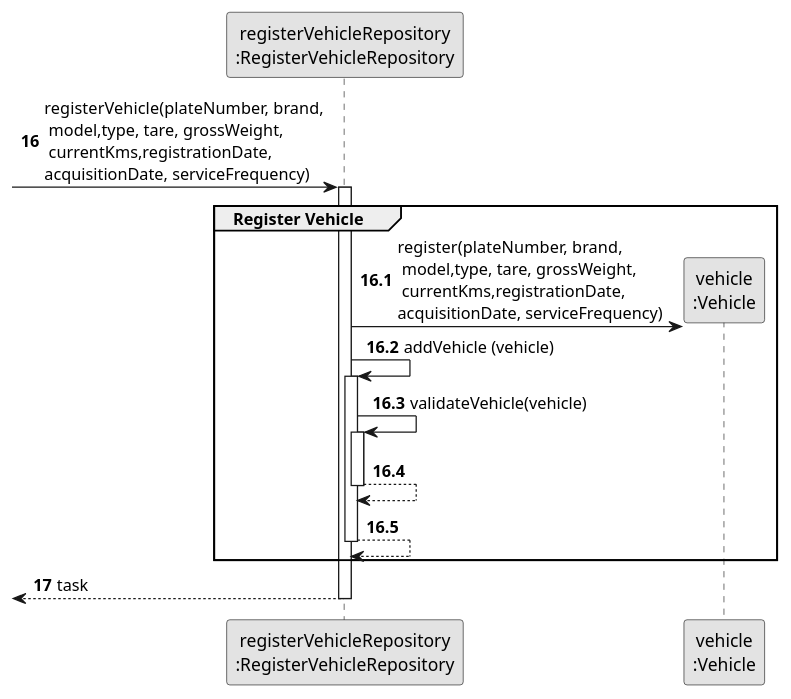
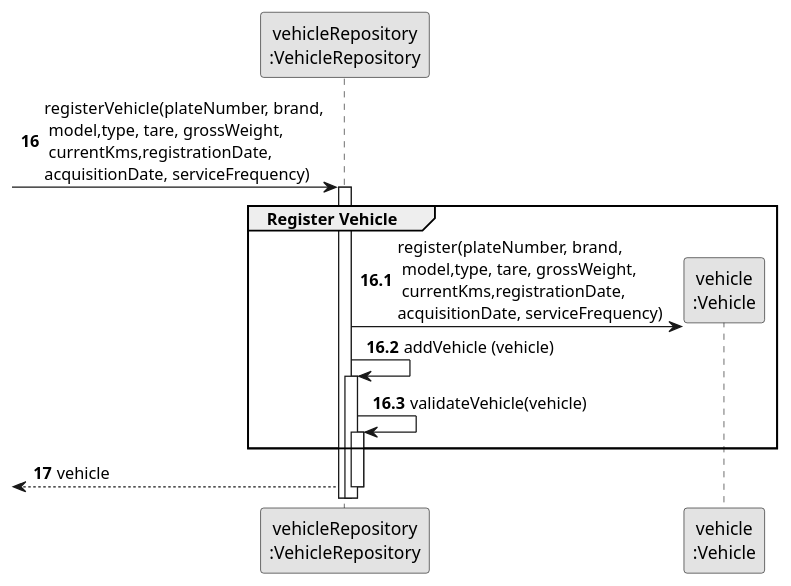
The diagram in docs/sprintB/us006/03.design/puml/us006-sequence-diagram-partial-register-vehicle.puml (diogoveirospro/lei-24-s2-1dg-g072), drawn with PlantUML before and after one commit. The commit also changed 3 other files, not shown here.

```diff
--- a/docs/sprintB/us006/03.design/puml/us006-sequence-diagram-partial-register-vehicle.puml
+++ b/docs/sprintB/us006/03.design/puml/us006-sequence-diagram-partial-register-vehicle.puml
@@ -1,34 +1,30 @@
 @startuml
 skinparam monochrome true
 skinparam packageStyle rectangle
 skinparam shadowing false
 
-participant "registerVehicleRepository\n:RegisterVehicleRepository" as ORG
+participant "vehicleRepository\n:VehicleRepository" as ORG
 participant "vehicle\n:Vehicle" as VEHICLE
 
 autonumber 16
 -> ORG: registerVehicle(plateNumber, brand,\n model,type, tare, grossWeight,\n currentKms,registrationDate,\nacquisitionDate, serviceFrequency)
 
 autonumber 16.1
 activate ORG
     group Register Vehicle
 
         ORG -> VEHICLE**: register(plateNumber, brand,\n model,type, tare, grossWeight,\n currentKms,registrationDate,\nacquisitionDate, serviceFrequency)
         ORG -> ORG: addVehicle (vehicle)
 
         activate ORG
             ORG -> ORG: validateVehicle(vehicle)
             activate ORG
-                ORG --> ORG
-            deactivate ORG
 
-            ORG --> ORG
-        deactivate ORG
     end
 
     autonumber 17
-    <-- ORG : task
+    <-- ORG : vehicle
 deactivate ORG
 
 
 @enduml
```
